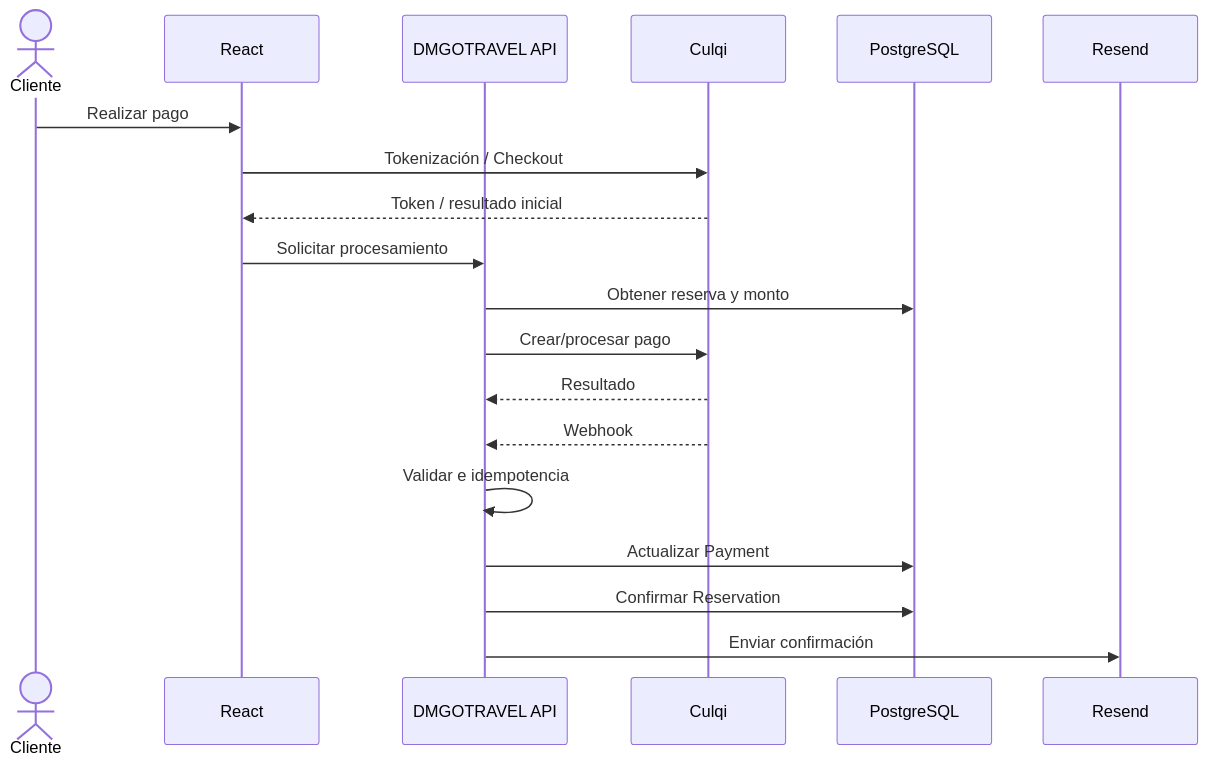
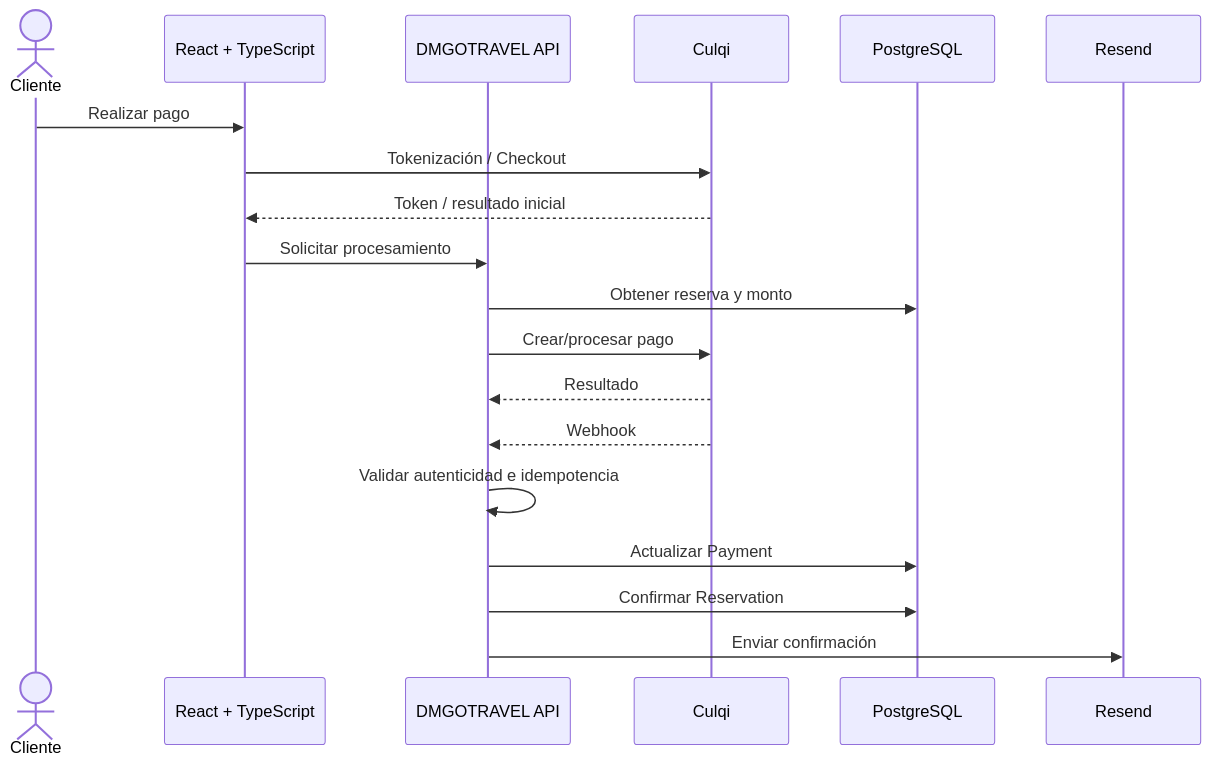
The second of 2 diagrams in arquitectura/arquitectura-de-despliegue.md (AiColleman/DMGoTravell), drawn with Mermaid before and after one commit. The commit also changed other lines of this file, not shown here.

Commit message:
docs: actualizar la sección de arquitectura de despliegue con detalles sobre el flujo del frontend y la API

````diff
--- a/arquitectura/arquitectura-de-despliegue.md
+++ b/arquitectura/arquitectura-de-despliegue.md
@@ -157,25 +308,25 @@
 ```mermaid
 sequenceDiagram
 
     actor Cliente
-    participant React
+    participant React as React + TypeScript
     participant API as DMGOTRAVEL API
     participant Culqi
     participant DB as PostgreSQL
     participant Resend
 
     Cliente->>React: Realizar pago
     React->>Culqi: Tokenización / Checkout
     Culqi-->>React: Token / resultado inicial
 
     React->>API: Solicitar procesamiento
     API->>DB: Obtener reserva y monto
     API->>Culqi: Crear/procesar pago
     Culqi-->>API: Resultado
 
     Culqi-->>API: Webhook
-    API->>API: Validar e idempotencia
+    API->>API: Validar autenticidad e idempotencia
     API->>DB: Actualizar Payment
     API->>DB: Confirmar Reservation
     API->>Resend: Enviar confirmación
 ```
````
